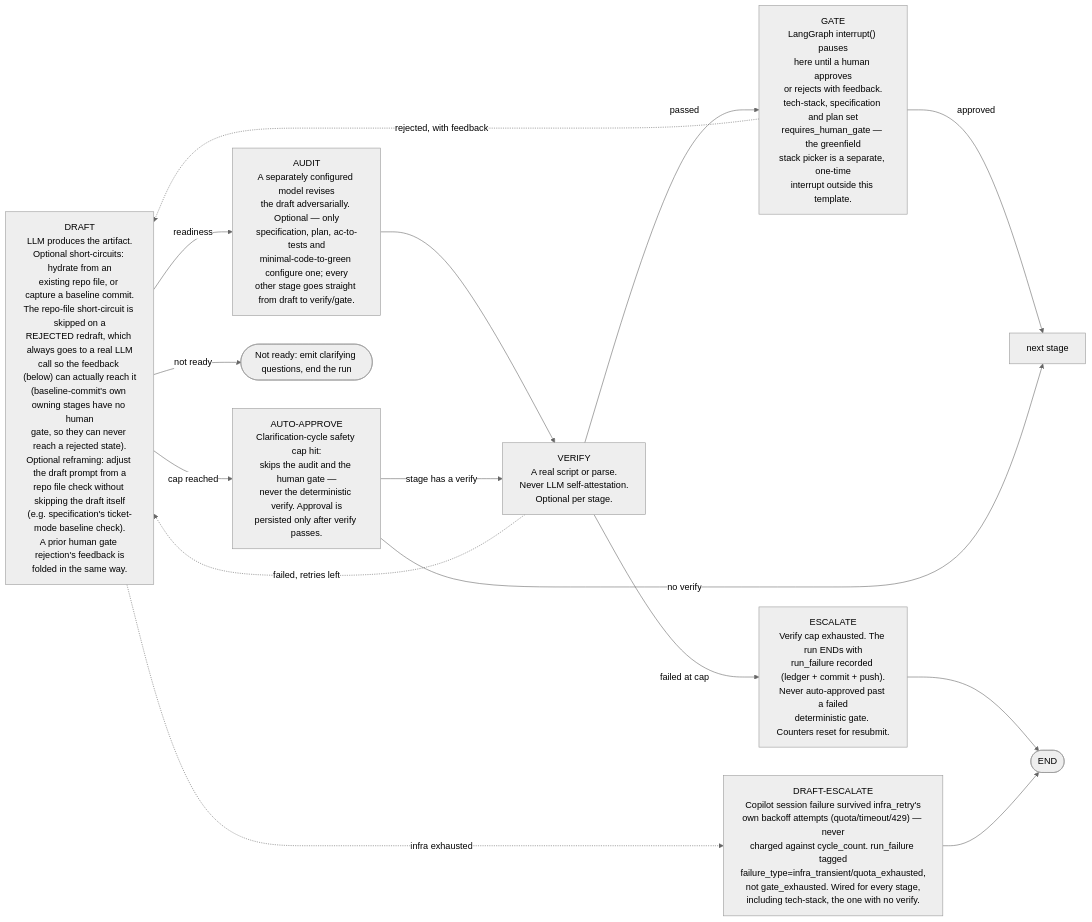
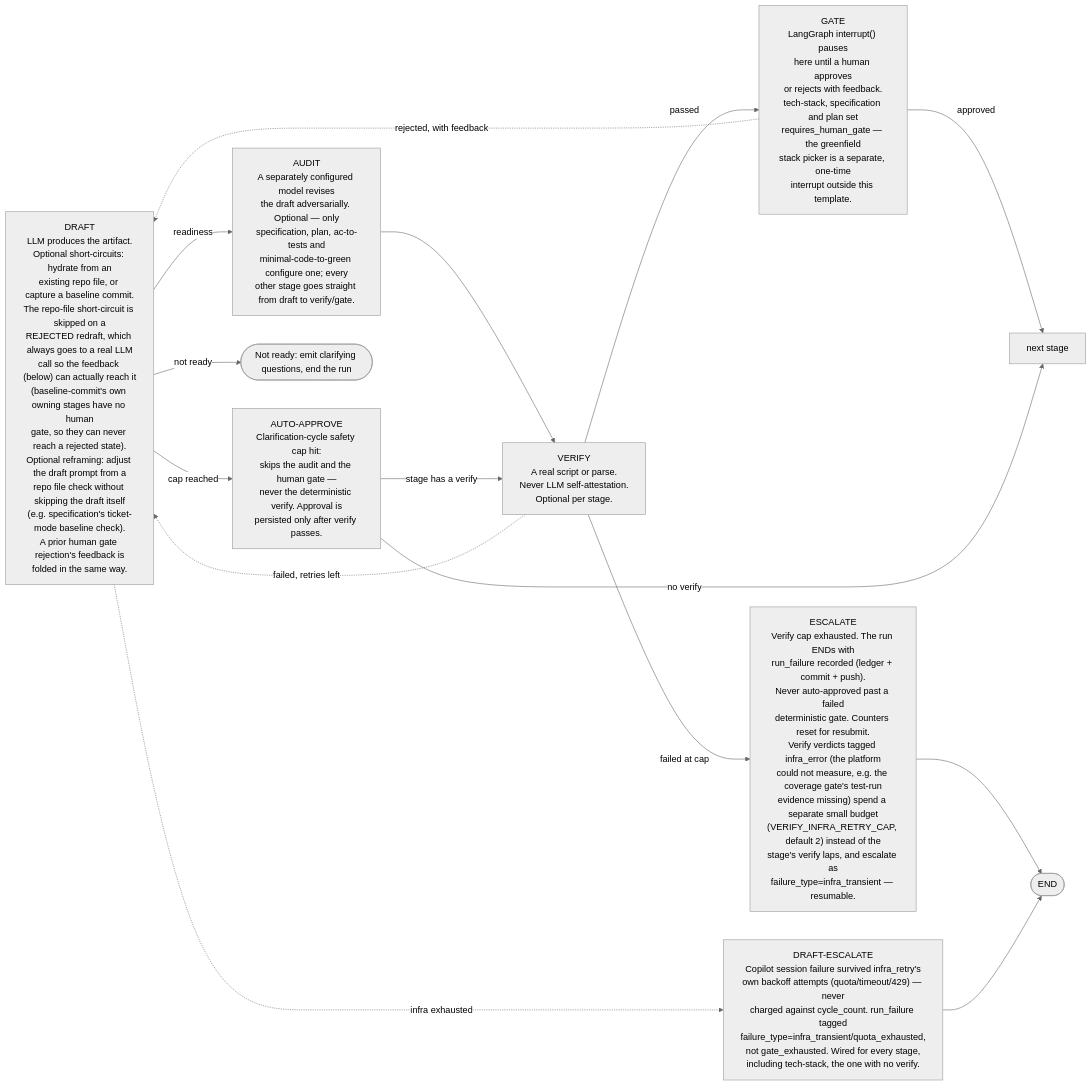
The second of 3 diagrams in README.md (bancroftway/ai-dev-workflow), drawn with Mermaid (neutral theme) before and after one commit. The commit also changed other lines of this file and 41 other files, not shown here.

````diff
--- a/README.md
+++ b/README.md
@@ -190,26 +191,26 @@
 ```mermaid
 flowchart LR
     d["DRAFT<br/>LLM produces the artifact.<br/>Optional short-circuits: hydrate from an<br/>existing repo file, or capture a baseline commit.<br/>The repo-file short-circuit is skipped on a<br/>REJECTED redraft, which always goes to a real LLM<br/>call so the feedback (below) can actually reach it<br/>(baseline-commit's own owning stages have no human<br/>gate, so they can never reach a rejected state).<br/>Optional reframing: adjust the draft prompt from a<br/>repo file check without skipping the draft itself<br/>(e.g. specification's ticket-mode baseline check).<br/>A prior human gate rejection's feedback is<br/>folded in the same way."]
     a["AUDIT<br/>A separately configured model revises<br/>the draft adversarially. Optional — only<br/>specification, plan, ac-to-tests and<br/>minimal-code-to-green configure one; every<br/>other stage goes straight from draft to verify/gate."]
     v["VERIFY<br/>A real script or parse.<br/>Never LLM self-attestation.<br/>Optional per stage."]
     g["GATE<br/>LangGraph interrupt() pauses<br/>here until a human approves<br/>or rejects with feedback.<br/>tech-stack, specification and plan set<br/>requires_human_gate — the greenfield<br/>stack picker is a separate, one-time<br/>interrupt outside this template."]
     aa["AUTO-APPROVE<br/>Clarification-cycle safety cap hit:<br/>skips the audit and the human gate —<br/>never the deterministic verify. Approval is<br/>persisted only after verify passes."]
-    e["ESCALATE<br/>Verify cap exhausted. The run ENDs with<br/>run_failure recorded (ledger + commit + push).<br/>Never auto-approved past a failed<br/>deterministic gate. Counters reset for resubmit."]
+    e["ESCALATE<br/>Verify cap exhausted. The run ENDs with<br/>run_failure recorded (ledger + commit + push).<br/>Never auto-approved past a failed<br/>deterministic gate. Counters reset for resubmit.<br/>Verify verdicts tagged infra_error (the platform<br/>could not measure, e.g. the coverage gate's test-run<br/>evidence missing) spend a separate small budget<br/>(VERIFY_INFRA_RETRY_CAP, default 2) instead of the<br/>stage's verify laps, and escalate as<br/>failure_type=infra_transient — resumable."]
     ie["DRAFT-ESCALATE<br/>Copilot session failure survived infra_retry's<br/>own backoff attempts (quota/timeout/429) — never<br/>charged against cycle_count. run_failure tagged<br/>failure_type=infra_transient/quota_exhausted,<br/>not gate_exhausted. Wired for every stage,<br/>including tech-stack, the one with no verify."]
     q(["Not ready: emit clarifying questions, end the run"])
 
     d -->|readiness| a
     d -->|cap reached| aa
     d -->|not ready| q
     d -.->|infra exhausted| ie
     a --> v
     v -->|passed| g
     v -.->|failed, retries left| d
     v -->|failed at cap| e
     e --> theend(["END"])
     ie --> theend
     g -->|approved| next["next stage"]
     g -.->|rejected, with feedback| d
     aa -->|stage has a verify| v
     aa -->|no verify| next
 ```
````
